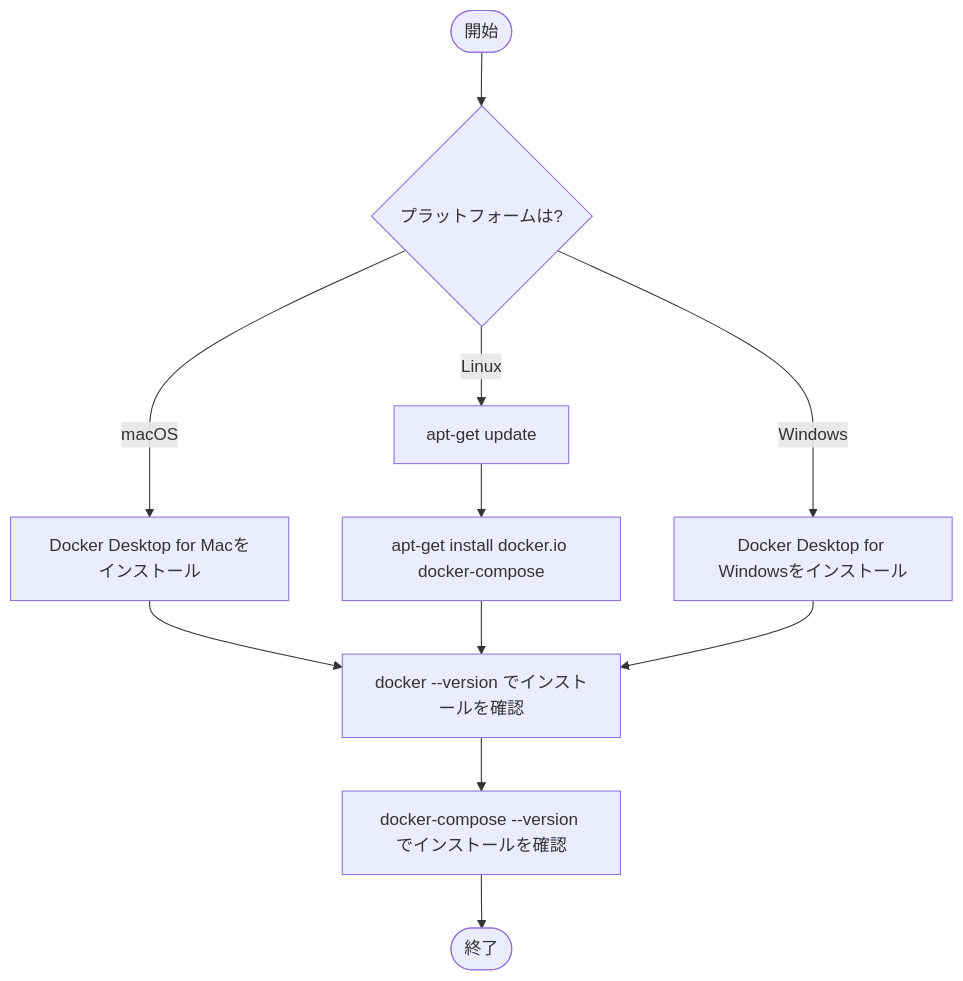
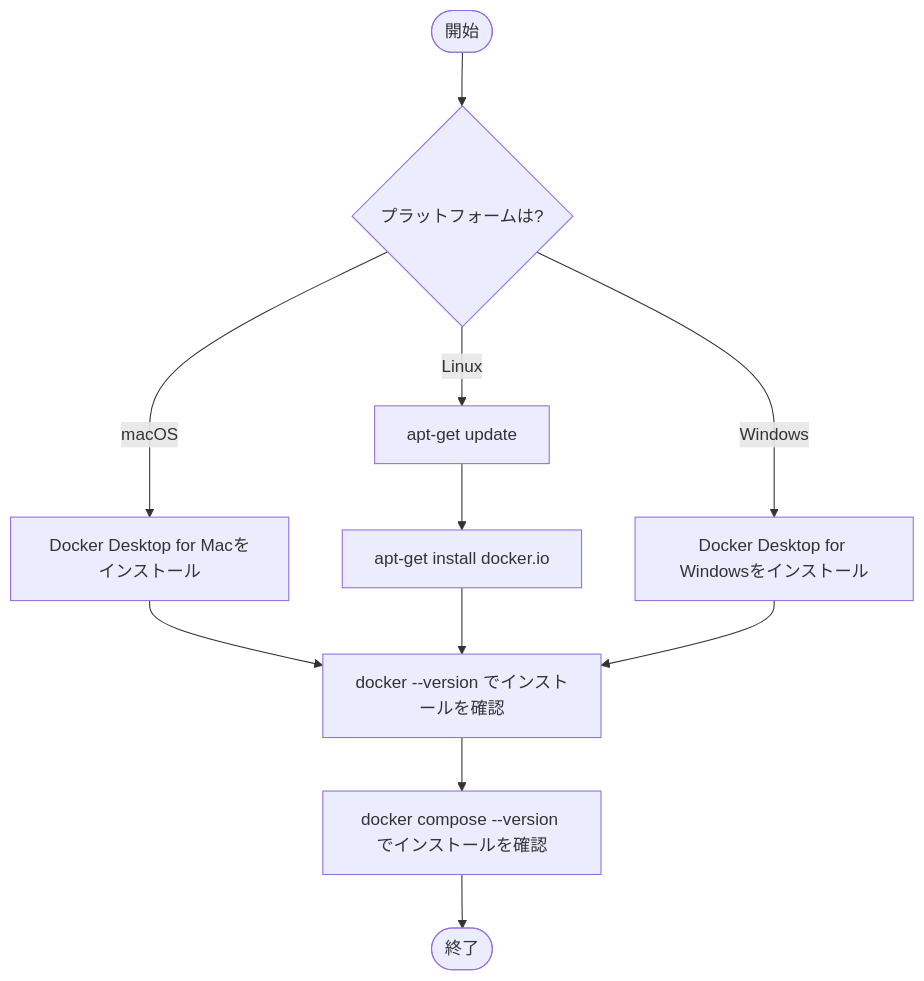
The fourth of 17 diagrams in README.md (k2works/go-ddd), drawn with Mermaid before and after one commit. The commit also changed other lines of this file and 1 other file, not shown here.

Commit message:
chore: update Docker commands in documentation and .gitignore

````diff
--- a/README.md
+++ b/README.md
@@ -115,13 +115,13 @@
 ```mermaid
 flowchart TD
     start([開始]) --> platform{プラットフォームは?}
     platform -->|macOS| mac[Docker Desktop for Macをインストール]
     platform -->|Linux| linux1[apt-get update]
-    linux1 --> linux2[apt-get install docker.io docker-compose]
+    linux1 --> linux2[apt-get install docker.io]
     platform -->|Windows| win[Docker Desktop for Windowsをインストール]
     mac --> check1[docker --version でインストールを確認]
     linux2 --> check1
     win --> check1
-    check1 --> check2[docker-compose --version でインストールを確認]
+    check1 --> check2[docker compose --version でインストールを確認]
     check2 --> stop([終了])
 ```
````
